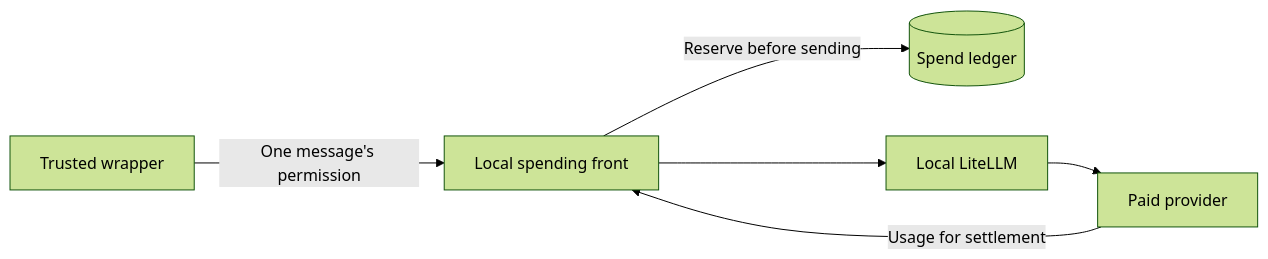
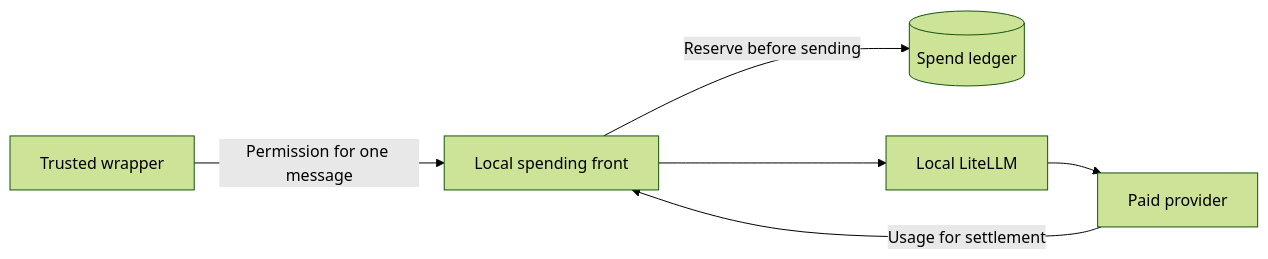
The diagram in docs/OPERATIONS.md (zoolok17/agenttalk), drawn with Mermaid (forest theme) before and after one commit. The commit also changed other lines of this file, not shown here.

````diff
--- a/docs/OPERATIONS.md
+++ b/docs/OPERATIONS.md
@@ -420,8 +436,8 @@
 ```mermaid
 flowchart LR
-    W[Trusted wrapper] -->|One message's permission| F[Local spending front]
+    W[Trusted wrapper] -->|Permission for one message| F[Local spending front]
     F -->|Reserve before sending| L[(Spend ledger)]
     F --> I[Local LiteLLM]
     I --> P[Paid provider]
     P -->|Usage for settlement| F
 ```
````
